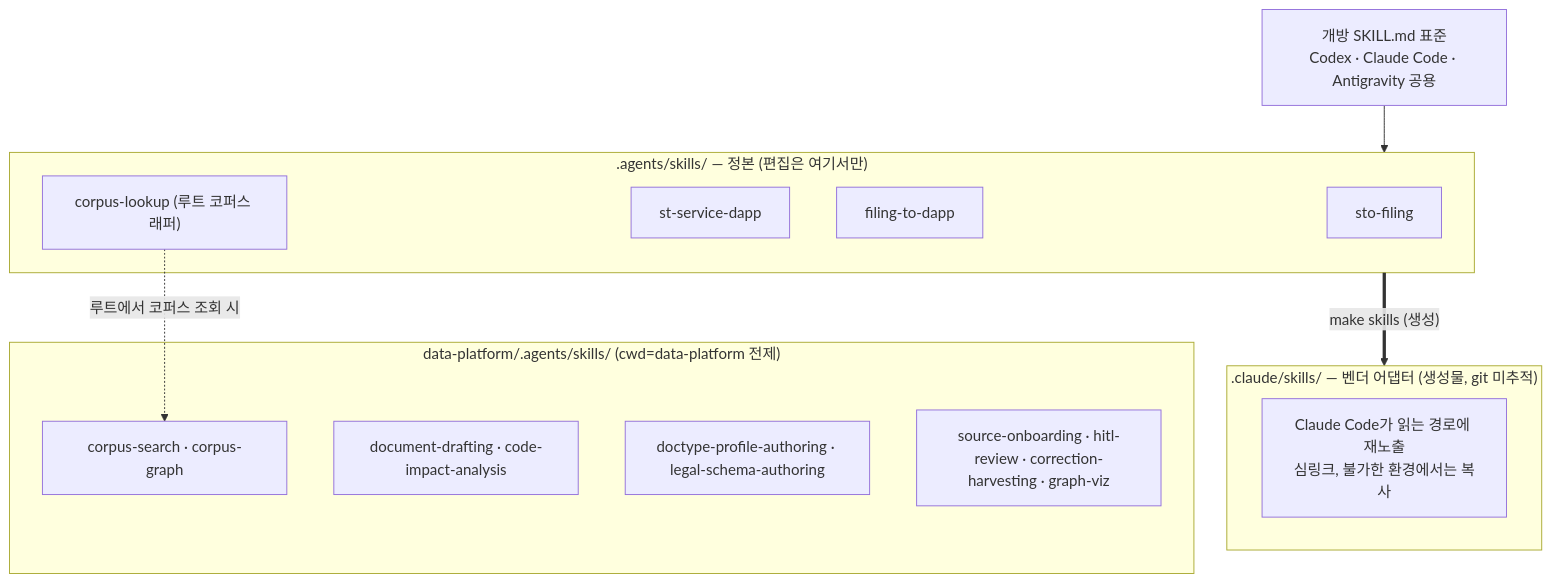
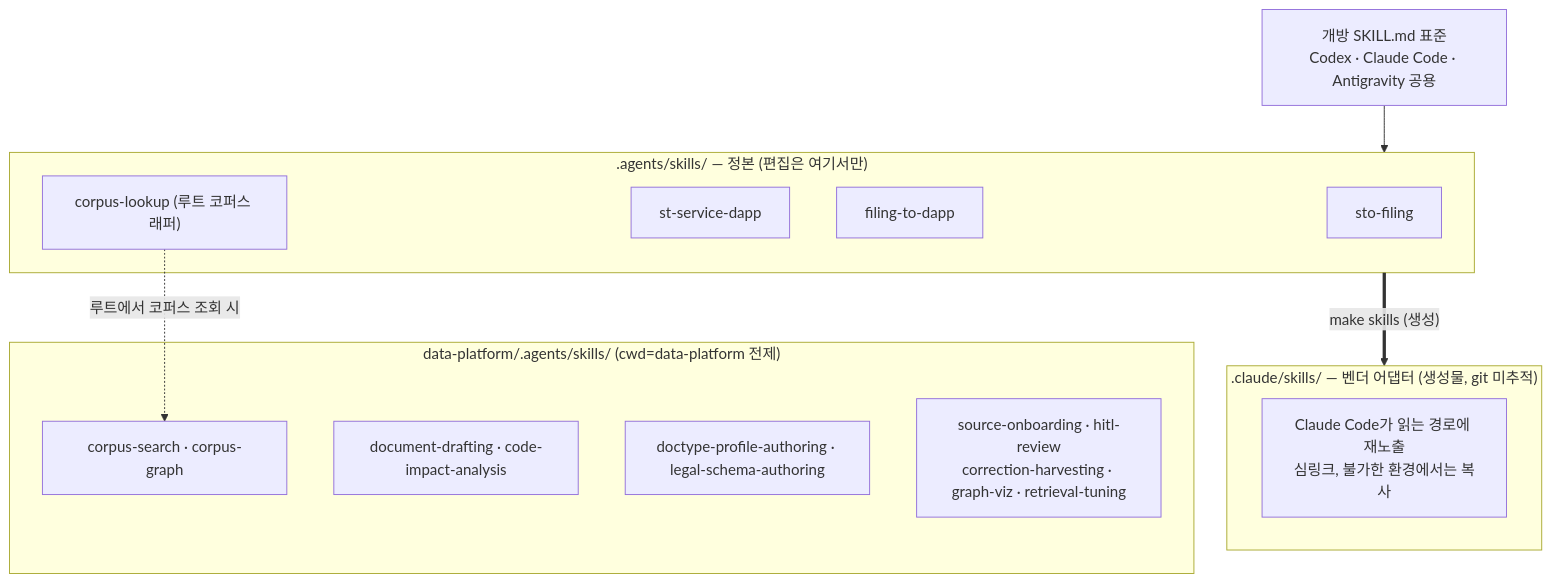
One commit to fistline/2026BCMD changed the fifth of 5 diagrams in ARCHITECTURE.md. Above: the diagram before and after it, drawn with Mermaid. The commit also changed other lines of this file and 1 other file, not shown here.

````diff
--- a/ARCHITECTURE.md
+++ b/ARCHITECTURE.md
@@ -110,22 +110,22 @@
 ```mermaid
 flowchart TD
   std["개방 SKILL.md 표준<br/>Codex · Claude Code · Antigravity 공용"]
   std --> SRC
   subgraph SRC[".agents/skills/ — 정본 (편집은 여기서만)"]
     r1["sto-filing"]
     r2["st-service-dapp"]
     r3["filing-to-dapp"]
     r4["corpus-lookup (루트 코퍼스 래퍼)"]
   end
   SRC ==>|"make skills (생성)"| MIR
   subgraph MIR[".claude/skills/ — 벤더 어댑터 (생성물, git 미추적)"]
     m["Claude Code가 읽는 경로에 재노출<br/>심링크, 불가한 환경에서는 복사"]
   end
   subgraph DPS["data-platform/.agents/skills/ (cwd=data-platform 전제)"]
     d1["corpus-search · corpus-graph"]
     d2["document-drafting · code-impact-analysis"]
     d3["doctype-profile-authoring · legal-schema-authoring"]
-    d4["source-onboarding · hitl-review · correction-harvesting · graph-viz"]
+    d4["source-onboarding · hitl-review<br/>correction-harvesting · graph-viz · retrieval-tuning"]
   end
   r4 -. "루트에서 코퍼스 조회 시" .-> d1
 ```
````
